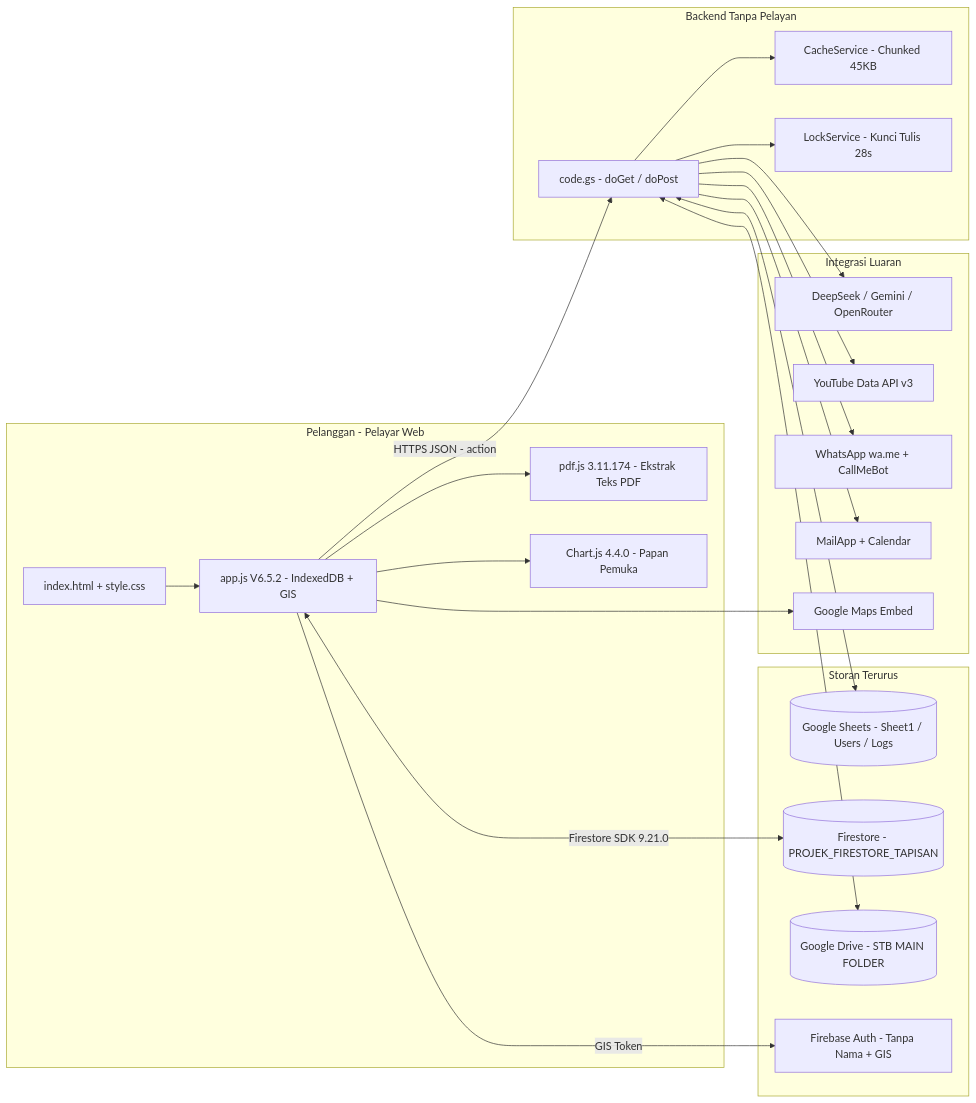
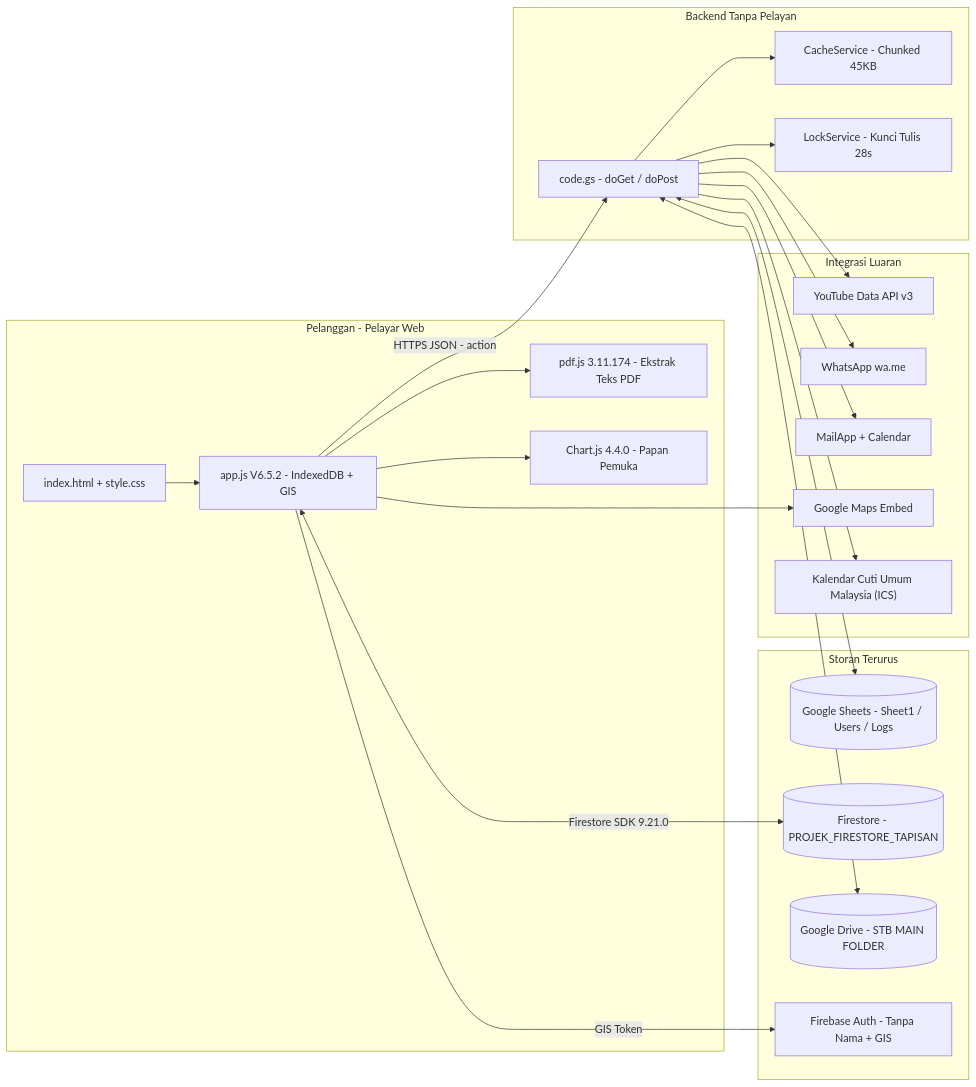
The first of 3 diagrams in structure.md (SPTB-PKK-HQ/Integrated-System-V1), drawn with Mermaid before and after one commit. The commit also changed other lines of this file and 4 other files, not shown here.

````diff
--- a/structure.md
+++ b/structure.md
@@ -72,42 +72,42 @@
 ```mermaid
 flowchart LR
     subgraph KLIEN["Pelanggan - Pelayar Web"]
         UI["index.html + style.css"]
         APP["app.js V6.5.2 - IndexedDB + GIS"]
         PDF["pdf.js 3.11.174 - Ekstrak Teks PDF"]
         CHART["Chart.js 4.4.0 - Papan Pemuka"]
     end
     subgraph PINTU["Backend Tanpa Pelayan"]
         GAS["code.gs - doGet / doPost"]
         CACHE["CacheService - Chunked 45KB"]
         LOCK["LockService - Kunci Tulis 28s"]
     end
     subgraph DATA["Storan Terurus"]
         SHEET[("Google Sheets - Sheet1 / Users / Logs")]
         FIRE[("Firestore - PROJEK_FIRESTORE_TAPISAN")]
         DRIVE[("Google Drive - STB MAIN FOLDER")]
         AUTH["Firebase Auth - Tanpa Nama + GIS"]
     end
     subgraph LUAR["Integrasi Luaran"]
-        AI["DeepSeek / Gemini / OpenRouter"]
         YT["YouTube Data API v3"]
-        WA["WhatsApp wa.me + CallMeBot"]
+        WA["WhatsApp wa.me"]
         MAIL["MailApp + Calendar"]
         MAPS["Google Maps Embed"]
+        HOL["Kalendar Cuti Umum Malaysia (ICS)"]
     end
     UI --> APP
     APP -->|"HTTPS JSON - action"| GAS
     APP <-->|"Firestore SDK 9.21.0"| FIRE
     APP -->|"GIS Token"| AUTH
     GAS --> CACHE
     GAS --> LOCK
     GAS <--> SHEET
     GAS <--> DRIVE
-    GAS --> AI
     GAS --> YT
     GAS --> MAIL
+    GAS --> HOL
     APP --> PDF
     APP --> CHART
     APP --> MAPS
     GAS --> WA
 ```
````
